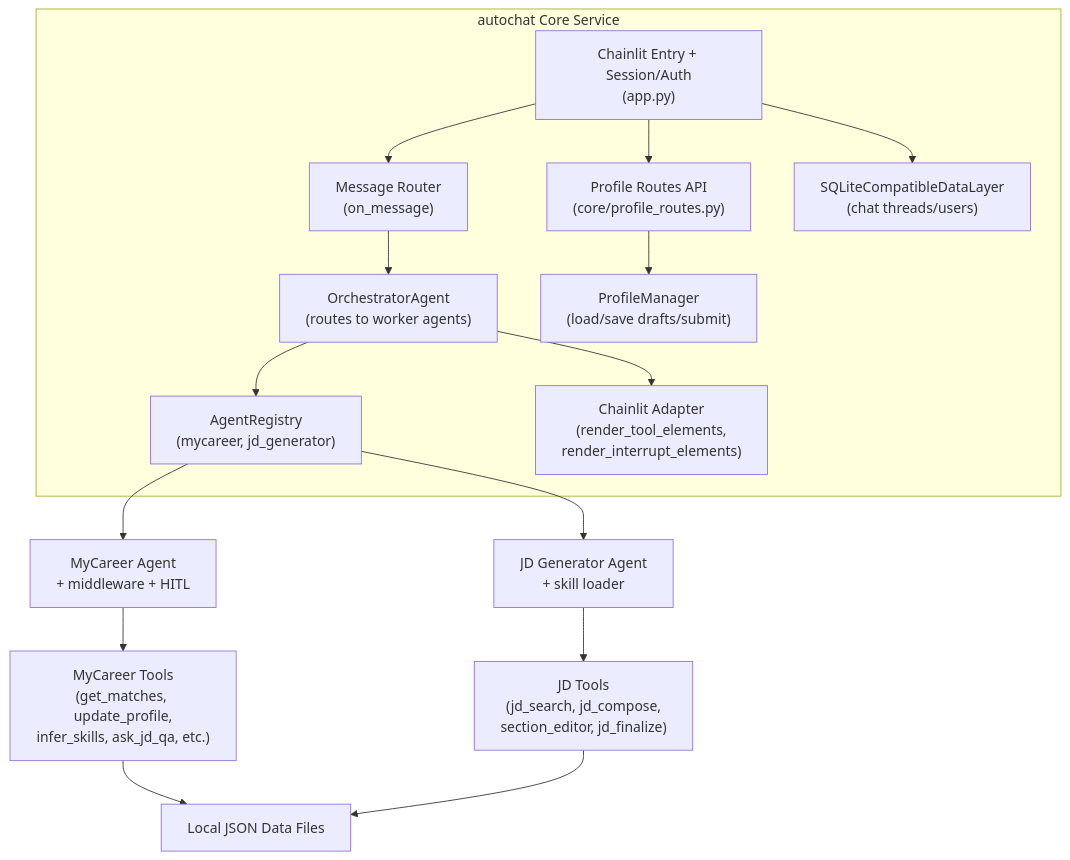
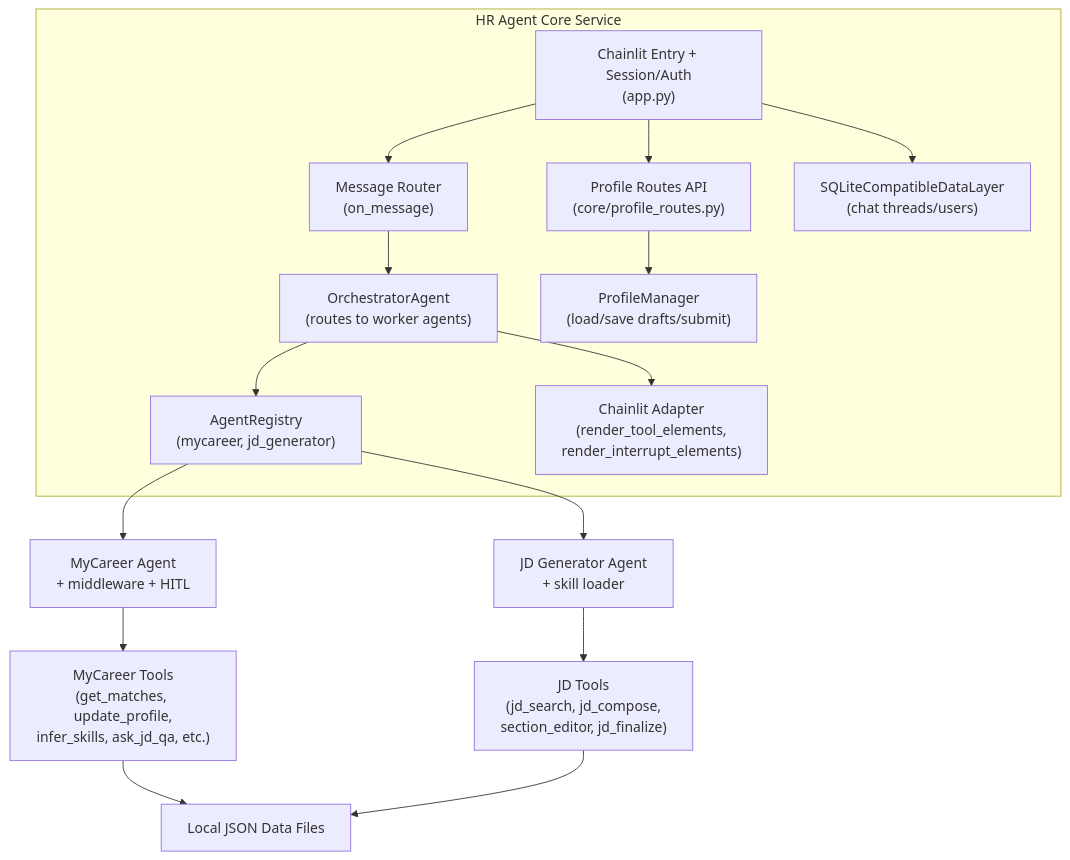
The second of 4 diagrams in docs/architecture-diagrams.md (savipk/autochat), drawn with Mermaid before and after one commit. The commit also changed other lines of this file, not shown here.

Commit message:
arch diagram

````diff
--- a/docs/architecture-diagrams.md
+++ b/docs/architecture-diagrams.md
@@ -37,30 +35,30 @@
 ```mermaid
 flowchart TB
-  subgraph CoreService["autochat Core Service"]
+  subgraph CoreService["HR Agent Core Service"]
     APP["Chainlit Entry + Session/Auth\n(app.py)"]
     ROUTER["Message Router\n(on_message)"]
     ORCH["OrchestratorAgent\n(routes to worker agents)"]
     REG["AgentRegistry\n(mycareer, jd_generator)"]
     ADAPT["Chainlit Adapter\n(render_tool_elements,\nrender_interrupt_elements)"]
     PR["Profile Routes API\n(core/profile_routes.py)"]
     PM["ProfileManager\n(load/save drafts/submit)"]
     DL["SQLiteCompatibleDataLayer\n(chat threads/users)"]
   end
 
   APP --> ROUTER
   ROUTER --> ORCH
   ORCH --> REG
   ORCH --> ADAPT
   APP --> PR
   PR --> PM
   APP --> DL
 
   REG --> MC["MyCareer Agent\n+ middleware + HITL"]
   REG --> JD["JD Generator Agent\n+ skill loader"]
 
   MC --> MT["MyCareer Tools\n(get_matches, update_profile,\ninfer_skills, ask_jd_qa, etc.)"]
   JD --> JT["JD Tools\n(jd_search, jd_compose,\nsection_editor, jd_finalize)"]
 
   MT --> FS["Local JSON Data Files"]
   JT --> FS
 ```
````
